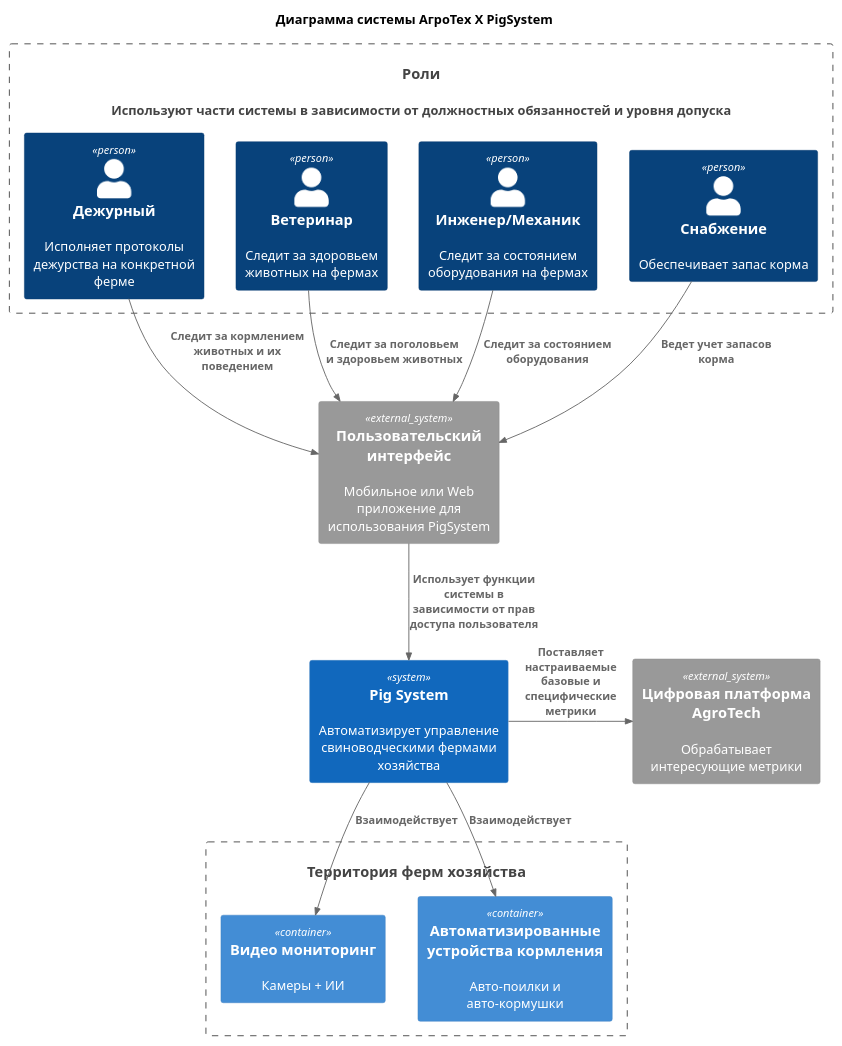
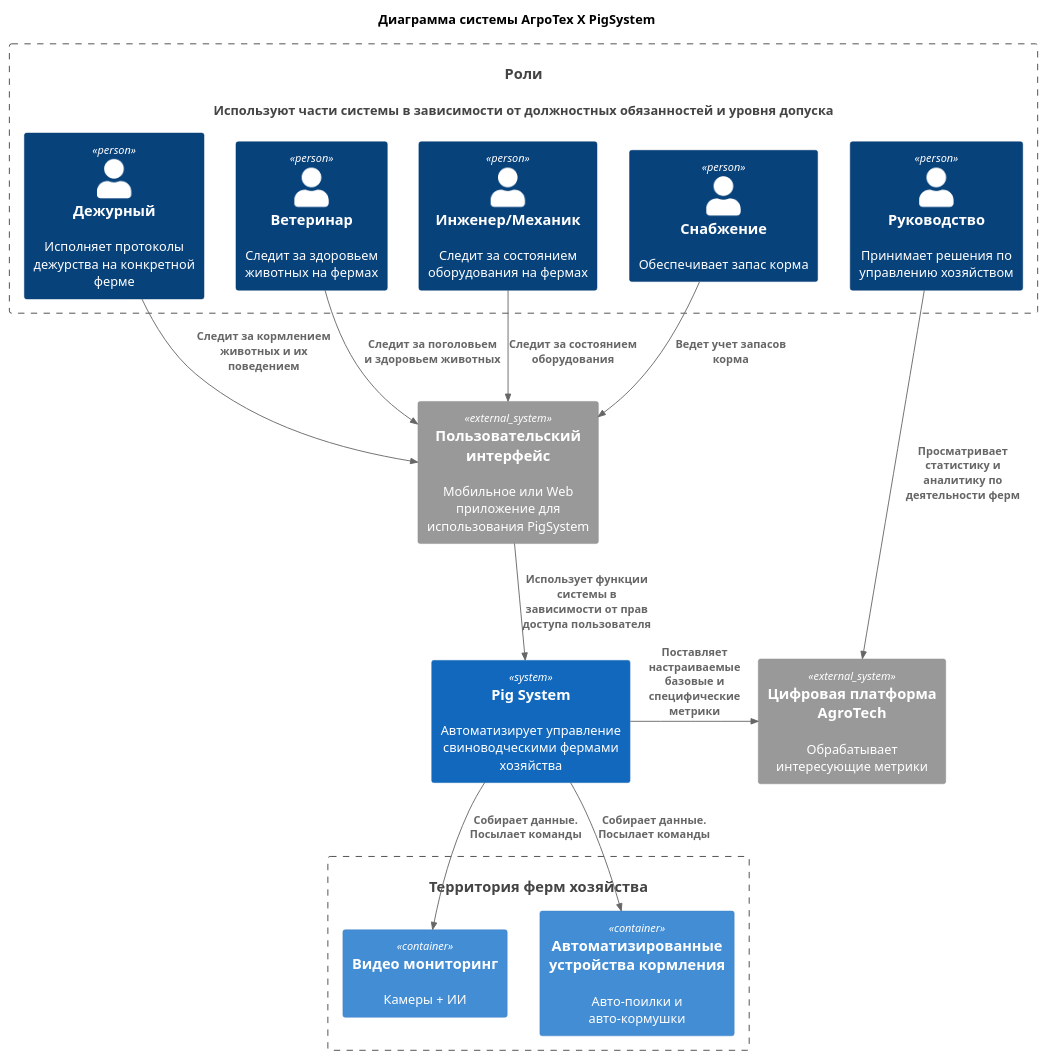
Before and after one commit to ane-ta/ms-agrotech: the diagram in Task1/Context - main.puml, drawn with PlantUML.

Commit message:
docs: C1Main - DirUser added

```diff
--- a/Task1/Context - main.puml
+++ b/Task1/Context - main.puml
@@ -1,45 +1,47 @@
 @startuml
 title Диаграмма системы АгроТех Х PigSystem
 
 !includeurl https://raw.githubusercontent.com/RicardoNiepel/C4-PlantUML/master/C4_Component.puml
 
 'using entities
 System(users, "Роли", "Используют части системы в зависимости от должностных обязанностей и уровня допуска")
 Container_Boundary(users, "Пользователи и роли"){
 
+    Person(userDir, "Руководство", "Принимает решения по управлению хозяйством")
     Person(userOnDuty, "Дежурный", "Исполняет протоколы дежурства на конкретной ферме")
     Person(userVet, "Ветеринар", "Следит за здоровьем животных на фермах")
     Person(userMech, "Инженер/Механик", "Следит за состоянием оборудования на фермах")
     Person(userSupply, "Снабжение", "Обеспечивает запас корма")
 }
 
 'external items
 System_Ext(appUsing, "Пользовательский интерфейс", "Mобильное или Web приложение для использования PigSystem")
 System_Ext(sysIntegrating, "Цифровая платформа AgroTech", "Обрабатывает интересующие метрики")
 
 'system itself
 System(PigFarmSystem, "Pig System", "Автоматизирует управление свиноводческими фермами хозяйства")
  
  'items in use
  System(farms, "Территория ферм хозяйства", "")
  Container_Boundary(farms, ""){
     Container(video, "Видео мониторинг", "", "Камеры + ИИ")
     Container(feeding, "Автоматизированные устройства кормления", "", "Авто-поилки и авто-кормушки")
  }
 
 
 'using relations
+Rel_Down(userDir, sysIntegrating, "Просматривает статистику и аналитику по деятельности ферм")
 Rel_Down(userOnDuty, appUsing, "Следит за кормлением животных и их поведением")
 Rel_Down(userVet, appUsing, "Следит за поголовьем и здоровьем животных")
 Rel_Down(userMech, appUsing, "Следит за состоянием оборудования")
 Rel_Down(userSupply, appUsing, "Ведет учет запасов корма")
 
 Rel_Down(appUsing,PigFarmSystem,"Использует функции системы в зависимости от прав доступа пользователя")
 
 Rel_Right(PigFarmSystem, sysIntegrating, "Поставляет настраиваемые базовые и специфические метрики")
 
 'in use relations
-Rel_Down(PigFarmSystem, video,"Взаимодействует")
-Rel_Down(PigFarmSystem, feeding,"Взаимодействует")
+Rel_Down(PigFarmSystem, video,"Собирает данные. Посылает команды")
+Rel_Down(PigFarmSystem, feeding,"Собирает данные. Посылает команды")
 
 @enduml
```
